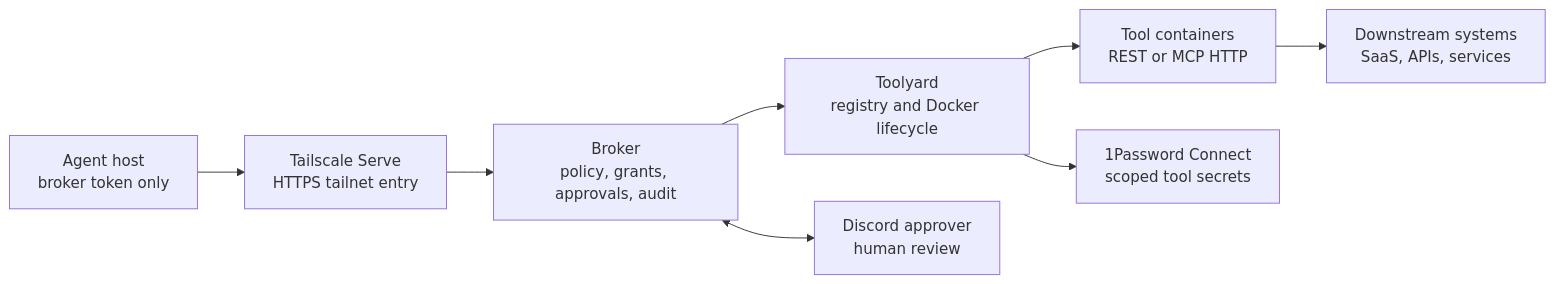
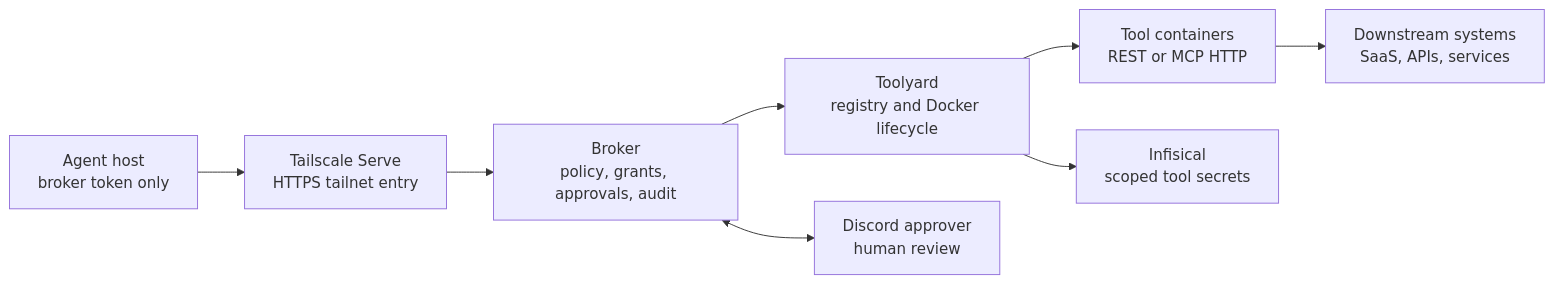
Before and after one commit to Stonefish-Labs/toolstack: the diagram in README.md, drawn with Mermaid. The commit also changed other lines of this file and 98 other files, not shown here.

````diff
--- a/README.md
+++ b/README.md
@@ -43,10 +43,10 @@
 ```mermaid
 flowchart LR
     Agent["Agent host\nbroker token only"] --> Serve["Tailscale Serve\nHTTPS tailnet entry"]
     Serve --> Broker["Broker\npolicy, grants, approvals, audit"]
     Broker --> Toolyard["Toolyard\nregistry and Docker lifecycle"]
     Toolyard --> Tools["Tool containers\nREST or MCP HTTP"]
     Tools --> Downstream["Downstream systems\nSaaS, APIs, services"]
     Broker <--> Approver["Discord approver\nhuman review"]
-    Toolyard --> Secrets["1Password Connect\nscoped tool secrets"]
+    Toolyard --> Secrets["Infisical\nscoped tool secrets"]
 ```
````
